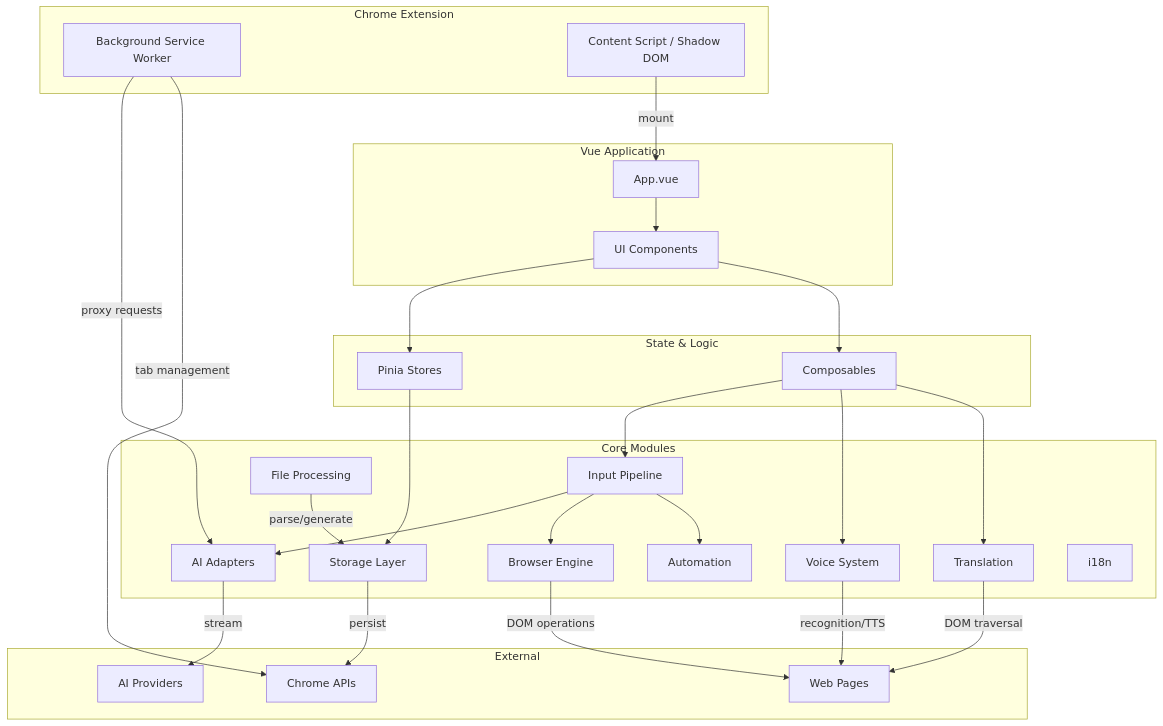
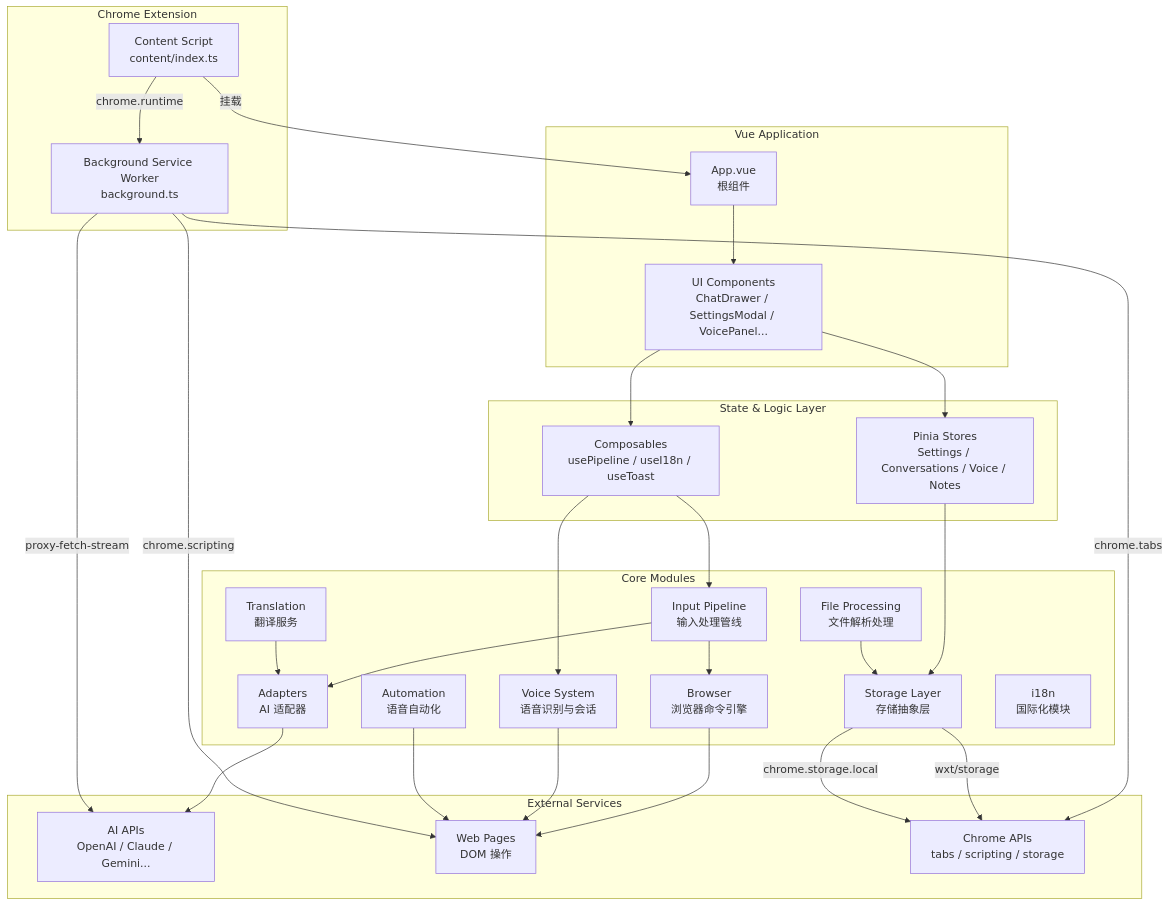
One commit to zw123zw/ai-browser changed the diagram in docs/architecture/README.md. Above: the diagram before and after it, drawn with Mermaid. The commit also changed other lines of this file and 12 other files, not shown here.

````diff
--- a/docs/architecture/README.md
+++ b/docs/architecture/README.md
@@ -26,55 +22,59 @@
 ```mermaid
 graph TB
-    subgraph "Chrome Extension"
-        BG[Background Service Worker]
-        CS[Content Script / Shadow DOM]
+    subgraph Chrome Extension
+        BG[Background Service Worker<br/>background.ts]
+        CS[Content Script<br/>content/index.ts]
     end
 
-    subgraph "Vue Application"
-        APP[App.vue]
-        COMP[UI Components]
+    subgraph Vue Application
+        APP[App.vue<br/>根组件]
+        COMP[UI Components<br/>ChatDrawer / SettingsModal / VoicePanel...]
     end
 
-    subgraph "State & Logic"
-        STORES[Pinia Stores]
-        COMPS[Composables]
+    subgraph State & Logic Layer
+        STORES[Pinia Stores<br/>Settings / Conversations / Voice / Notes]
+        COMPOSABLES[Composables<br/>usePipeline / useI18n / useToast]
     end
 
-    subgraph "Core Modules"
-        BROWSER[Browser Engine]
-        PIPELINE[Input Pipeline]
-        VOICE[Voice System]
-        TRANS[Translation]
-        FILE[File Processing]
-        ADAPTERS[AI Adapters]
-        STORAGE[Storage Layer]
-        AUTO[Automation]
-        I18N[i18n]
+    subgraph Core Modules
+        BROWSER[Browser<br/>浏览器命令引擎]
+        INPUT[Input Pipeline<br/>输入处理管线]
+        VOICE[Voice System<br/>语音识别与会话]
+        TRANS[Translation<br/>翻译服务]
+        ADAPTER[Adapters<br/>AI 适配器]
+        STORAGE[Storage Layer<br/>存储抽象层]
+        AUTO[Automation<br/>语音自动化]
+        I18N_MOD[i18n<br/>国际化模块]
+        FILE[File Processing<br/>文件解析处理]
     end
 
-    subgraph "External"
-        AI[AI Providers]
-        WEB[Web Pages]
-        CHROME[Chrome APIs]
+    subgraph External Services
+        AI[AI APIs<br/>OpenAI / Claude / Gemini...]
+        WEB[Web Pages<br/>DOM 操作]
+        CHROME[Chrome APIs<br/>tabs / scripting / storage]
     end
 
-    BG -->|proxy requests| ADAPTERS
-    BG -->|tab management| CHROME
-    CS -->|mount| APP
+    CS -->|挂载| APP
     APP --> COMP
     COMP --> STORES
-    COMP --> COMPS
+    COMP --> COMPOSABLES
+
     STORES --> STORAGE
-    COMPS --> PIPELINE
-    COMPS --> VOICE
-    COMPS --> TRANS
-    PIPELINE --> ADAPTERS
-    PIPELINE --> BROWSER
-    PIPELINE --> AUTO
-    ADAPTERS -->|stream| AI
-    BROWSER -->|DOM operations| WEB
-    VOICE -->|recognition/TTS| WEB
-    TRANS -->|DOM traversal| WEB
-    FILE -->|parse/generate| STORAGE
-    STORAGE -->|persist| CHROME
+    COMPOSABLES --> INPUT
+    COMPOSABLES --> VOICE
+
+    INPUT --> ADAPTER --> AI
+    INPUT --> BROWSER --> WEB
+    TRANS --> ADAPTER
+    VOICE --> WEB
+    AUTO --> WEB
+    FILE --> STORAGE
+
+    BG -->|proxy-fetch-stream| AI
+    BG -->|chrome.scripting| WEB
+    BG -->|chrome.tabs| CHROME
+    CS -->|chrome.runtime| BG
+
+    STORAGE -->|wxt/storage| CHROME
+    STORAGE -->|chrome.storage.local| CHROME
 ```
````
